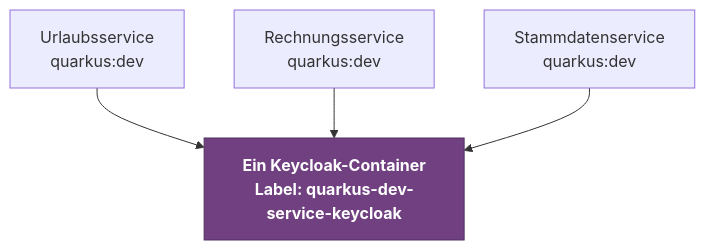
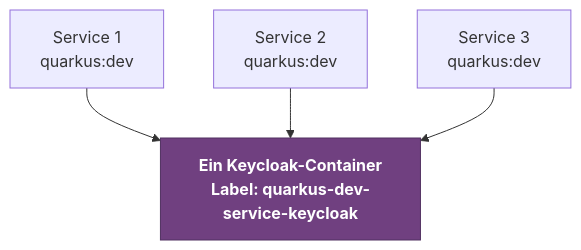
One commit to d135-1r43/winfprojekt changed the first of 2 diagrams in docs/technik/lokale-entwicklung.md. Above: the diagram before and after it, drawn with Mermaid. The commit also changed other lines of this file and 1 other file, not shown here.

````diff
--- a/docs/technik/lokale-entwicklung.md
+++ b/docs/technik/lokale-entwicklung.md
@@ -83,15 +83,15 @@
 ```mermaid
 flowchart TD
-    S1["Urlaubsservice\nquarkus:dev"]
-    S2["Rechnungsservice\nquarkus:dev"]
-    S3["Stammdatenservice\nquarkus:dev"]
+    S1["Service 1\nquarkus:dev"]
+    S2["Service 2\nquarkus:dev"]
+    S3["Service 3\nquarkus:dev"]
 
     KC["Ein Keycloak-Container\nLabel: quarkus-dev-service-keycloak"]
 
     S1 --> KC
     S2 --> KC
     S3 --> KC
 
     classDef geteilt fill:#704080,stroke:#503060,color:#ffffff,font-weight:bold
     class KC geteilt
 ```
````
